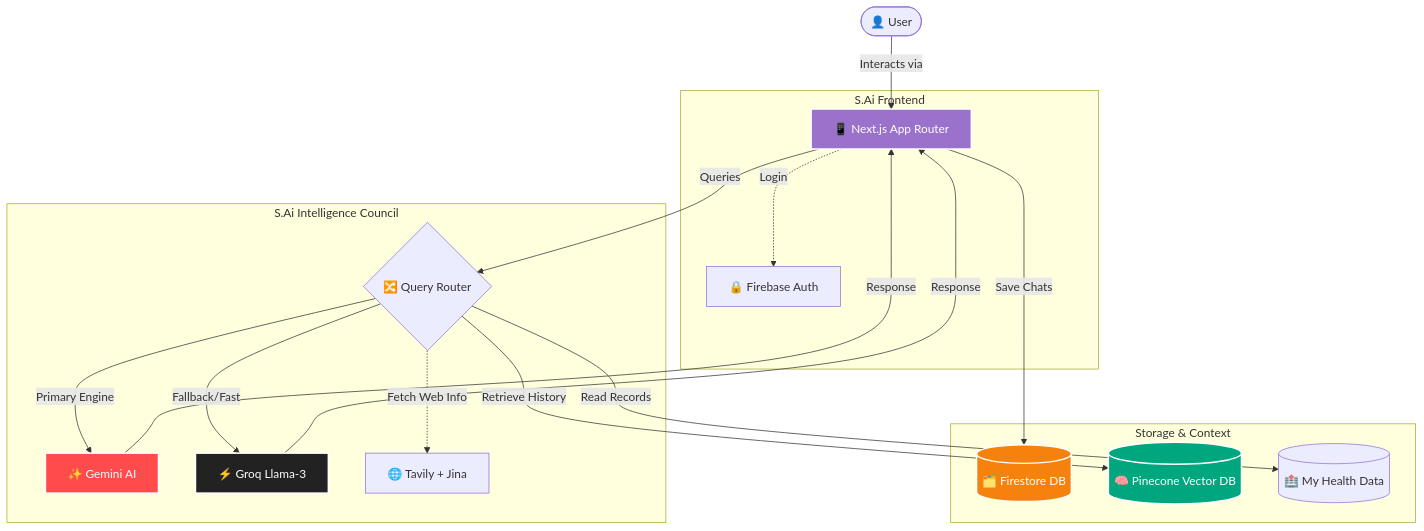
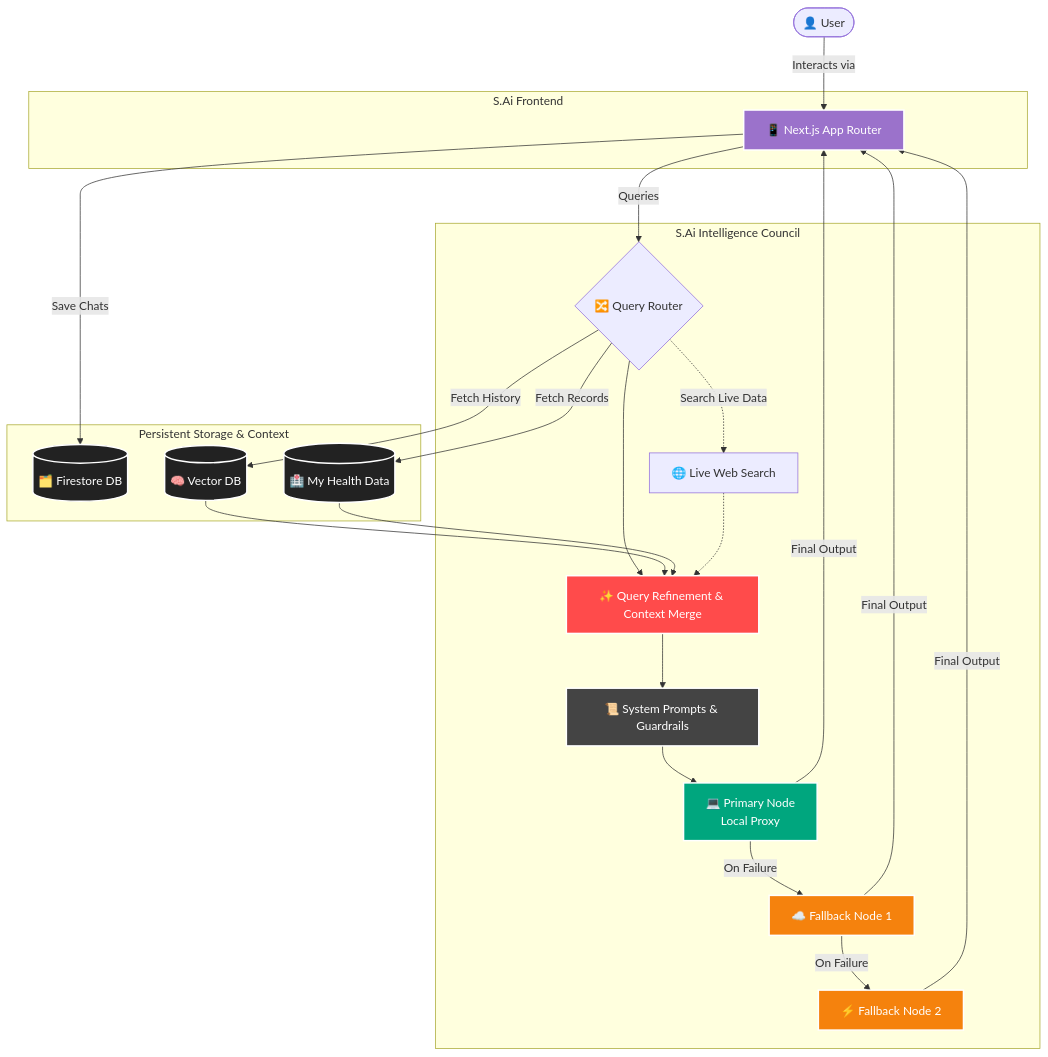
One commit to shresthasingh2005-hash/SAi_website changed the diagram in README.md. Above: the diagram before and after it, drawn with Mermaid. The commit also changed other lines of this file, not shown here.

Commit message:
Anonymize AI model names in README and refine diagram to reflect Local Proxy as primary

````diff
--- a/README.md
+++ b/README.md
@@ -40,43 +40,59 @@
 ```mermaid
 graph TD
     User([👤 User]) -->|Interacts via| UI
     
     subgraph Client [S.Ai Frontend]
         UI[📱 Next.js App Router]
-        Auth[🔒 Firebase Auth]
     end
     
-    subgraph Database [Storage & Context]
+    subgraph Storage [Persistent Storage & Context]
         Firestore[(🗂️ Firestore DB)]
-        Memory[(🧠 Pinecone Vector DB)]
+        Memory[(🧠 Vector DB)]
         HealthData[(🏥 My Health Data)]
     end
     
     subgraph Pipeline [S.Ai Intelligence Council]
         Router{🔀 Query Router}
-        Gemini[✨ Gemini AI]
-        Groq[⚡ Groq Llama-3]
-        Search[🌐 Tavily + Jina]
+        Refiner[✨ Query Refinement & Context Merge]
+        SysPrompt[📜 System Prompts & Guardrails]
+        
+        Primary[💻 Primary Node<br>Local Proxy]
+        Fallback1[☁️ Fallback Node 1]
+        Fallback2[⚡ Fallback Node 2]
+        
+        Search[🌐 Live Web Search]
     end
     
     UI -->|Queries| Router
-    UI -.->|Login| Auth
     UI -->|Save Chats| Firestore
     
-    Router -->|Retrieve History| Memory
-    Router -->|Read Records| HealthData
-    Router -.->|Fetch Web Info| Search
+    Router -->|Fetch History| Memory
+    Router -->|Fetch Records| HealthData
+    Router -.->|Search Live Data| Search
     
-    Router -->|Primary Engine| Gemini
-    Router -->|Fallback/Fast| Groq
+    Router --> Refiner
+    Memory --> Refiner
+    HealthData --> Refiner
+    Search -.-> Refiner
     
-    Gemini -->|Response| UI
-    Groq -->|Response| UI
+    Refiner --> SysPrompt
+    SysPrompt --> Primary
+    
+    Primary -->|On Failure| Fallback1
+    Fallback1 -->|On Failure| Fallback2
+    
+    Primary -->|Final Output| UI
+    Fallback1 -->|Final Output| UI
+    Fallback2 -->|Final Output| UI
     
     %% Styling
     style UI fill:#9B72CB,stroke:#fff,stroke-width:2px,color:#fff
-    style Gemini fill:#ff4b4b,stroke:#fff,stroke-width:2px,color:#fff
-    style Groq fill:#222,stroke:#fff,stroke-width:2px,color:#fff
-    style Firestore fill:#F5820D,stroke:#fff,stroke-width:2px,color:#fff
-    style Memory fill:#00A67E,stroke:#fff,stroke-width:2px,color:#fff
+    style Refiner fill:#ff4b4b,stroke:#fff,stroke-width:2px,color:#fff
+    style SysPrompt fill:#444,stroke:#fff,stroke-width:2px,color:#fff
+    style Primary fill:#00A67E,stroke:#fff,stroke-width:2px,color:#fff
+    style Fallback1 fill:#F5820D,stroke:#fff,stroke-width:2px,color:#fff
+    style Fallback2 fill:#F5820D,stroke:#fff,stroke-width:2px,color:#fff
+    style Firestore fill:#222,stroke:#fff,stroke-width:2px,color:#fff
+    style Memory fill:#222,stroke:#fff,stroke-width:2px,color:#fff
+    style HealthData fill:#222,stroke:#fff,stroke-width:2px,color:#fff
 ```
````
